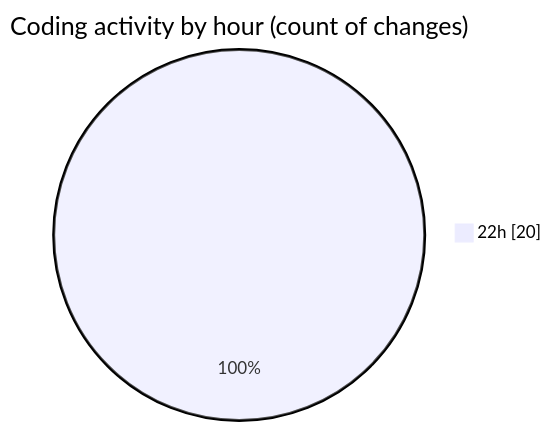
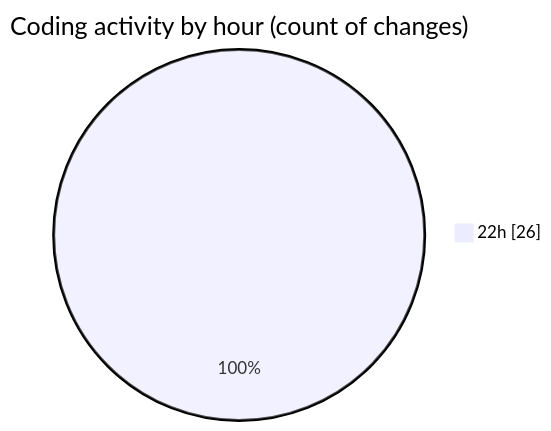
Before and after one commit to Ritupan-Deka/code-tracking: the second of 2 diagrams in 2025-10-19/scopecraft/README.md, drawn with Mermaid. The commit also changed other lines of this file and 1 other file, not shown here.

````diff
--- a/2025-10-19/scopecraft/README.md
+++ b/2025-10-19/scopecraft/README.md
@@ -31,5 +31,5 @@
 ```mermaid
 pie showData
 title Coding activity by hour (count of changes)
-"22h" : 20
+"22h" : 26
 ```
````
